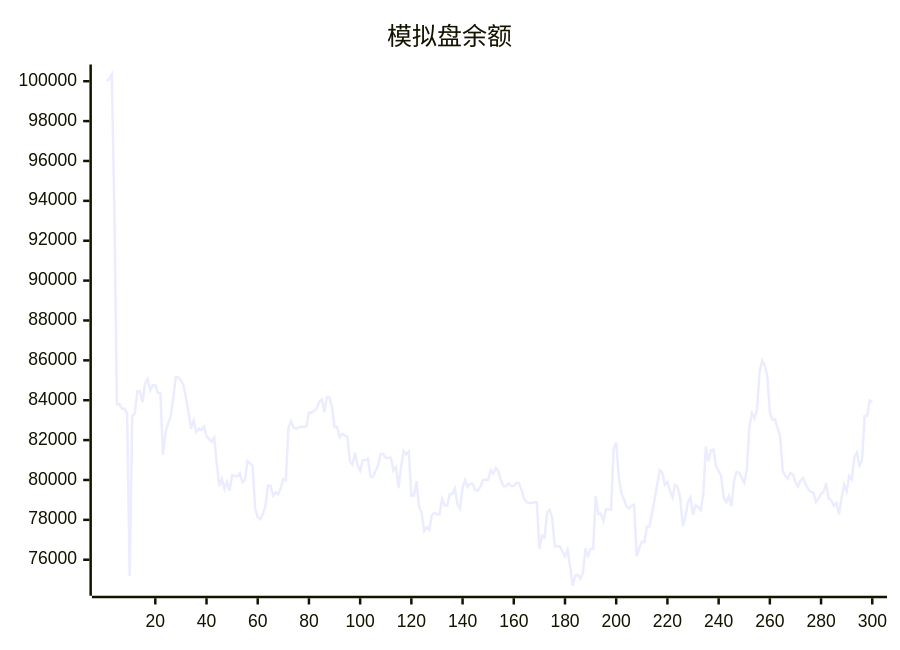
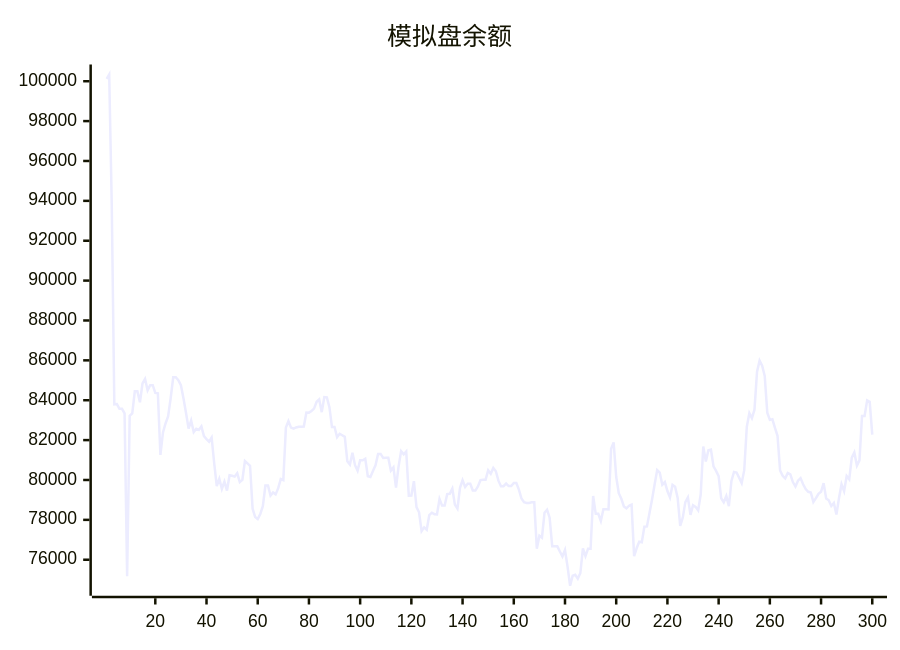
Before and after one commit to aahl/ai-trading: the diagram in README.md, drawn with Mermaid. The commit also changed other lines of this file and 1 other file, not shown here.

````diff
--- a/README.md
+++ b/README.md
@@ -5,5 +5,5 @@
 ```mermaid
 xychart
     title "模拟盘余额"
-    line [100017,100113,100337,93749,83795,83807,83567,83567,83342,75168,83222,83336,84448,84449,83896,84839,85065,84499,84757,84757,84364,84347,81254,82385,82835,83184,84099,85150,85150,85002,84751,84096,83356,82582,82983,82404,82572,82512,82688,82200,82047,81920,82125,80840,79688,80060,79552,79920,79470,80236,80208,80170,80336,79894,80006,80954,80837,80712,78561,78139,78037,78293,78682,79720,79720,79214,79372,79279,79591,80046,79993,82625,82950,82626,82571,82633,82670,82670,82681,83386,83378,83464,83579,83920,84037,83402,84160,84142,83652,82655,82655,82145,82315,82243,82163,80934,80770,81371,80742,80468,80989,80989,81067,80191,80155,80450,80737,81309,81309,81106,81119,81119,80471,80631,79624,80670,81448,81290,81429,79212,79222,79940,78643,78380,77432,77623,77504,78235,78358,78284,78277,79048,78714,78714,79290,79308,79567,78763,78563,79603,79988,79652,79813,79813,79476,79469,79673,79995,80015,80015,80486,80314,80600,80436,79966,79689,79689,79819,79692,79692,79850,79850,79518,79071,78889,78850,78850,78878,78878,76554,77202,77103,78357,78510,78106,76678,76677,76672,76411,76159,76485,75656,74695,75197,75246,75052,75334,76564,76179,76553,76551,79196,78300,78300,77944,78531,78531,78521,81564,81884,80160,79335,79055,78675,78580,78708,78764,76179,76586,76902,76876,77658,77669,78346,79023,79769,80497,80366,79761,79896,79448,79126,79749,79658,79097,77695,78114,78888,79126,78249,78738,78653,78478,79271,81680,80923,81488,81527,80681,80455,80190,79084,78879,79193,78686,79954,80403,80374,80118,79848,80491,82665,83351,83098,83525,85430,85983,85737,85221,83378,83014,83043,82613,82216,80477,80208,80081,80348,80277,79894,79670,79965,80093,79786,79542,79406,79371,78893,79087,79304,79406,79841,79072,78978,78696,78846,78272,79085,79787,79442,80198,80031,81120,81379,80718,80985,83214,83212,83993,83921]
+    line [100113,100337,93749,83795,83807,83567,83567,83342,75168,83222,83336,84448,84449,83896,84839,85065,84499,84757,84757,84364,84347,81254,82385,82835,83184,84099,85150,85150,85002,84751,84096,83356,82582,82983,82404,82572,82512,82688,82200,82047,81920,82125,80840,79688,80060,79552,79920,79470,80236,80208,80170,80336,79894,80006,80954,80837,80712,78561,78139,78037,78293,78682,79720,79720,79214,79372,79279,79591,80046,79993,82625,82950,82626,82571,82633,82670,82670,82681,83386,83378,83464,83579,83920,84037,83402,84160,84142,83652,82655,82655,82145,82315,82243,82163,80934,80770,81371,80742,80468,80989,80989,81067,80191,80155,80450,80737,81309,81309,81106,81119,81119,80471,80631,79624,80670,81448,81290,81429,79212,79222,79940,78643,78380,77432,77623,77504,78235,78358,78284,78277,79048,78714,78714,79290,79308,79567,78763,78563,79603,79988,79652,79813,79813,79476,79469,79673,79995,80015,80015,80486,80314,80600,80436,79966,79689,79689,79819,79692,79692,79850,79850,79518,79071,78889,78850,78850,78878,78878,76554,77202,77103,78357,78510,78106,76678,76677,76672,76411,76159,76485,75656,74695,75197,75246,75052,75334,76564,76179,76553,76551,79196,78300,78300,77944,78531,78531,78521,81564,81884,80160,79335,79055,78675,78580,78708,78764,76179,76586,76902,76876,77658,77669,78346,79023,79769,80497,80366,79761,79896,79448,79126,79749,79658,79097,77695,78114,78888,79126,78249,78738,78653,78478,79271,81680,80923,81488,81527,80681,80455,80190,79084,78879,79193,78686,79954,80403,80374,80118,79848,80491,82665,83351,83098,83525,85430,85983,85737,85221,83378,83014,83043,82613,82216,80477,80208,80081,80348,80277,79894,79670,79965,80093,79786,79542,79406,79371,78893,79087,79304,79406,79841,79072,78978,78696,78846,78272,79085,79787,79442,80198,80031,81120,81379,80718,80985,83214,83212,83993,83921,82270]
 ```
````
